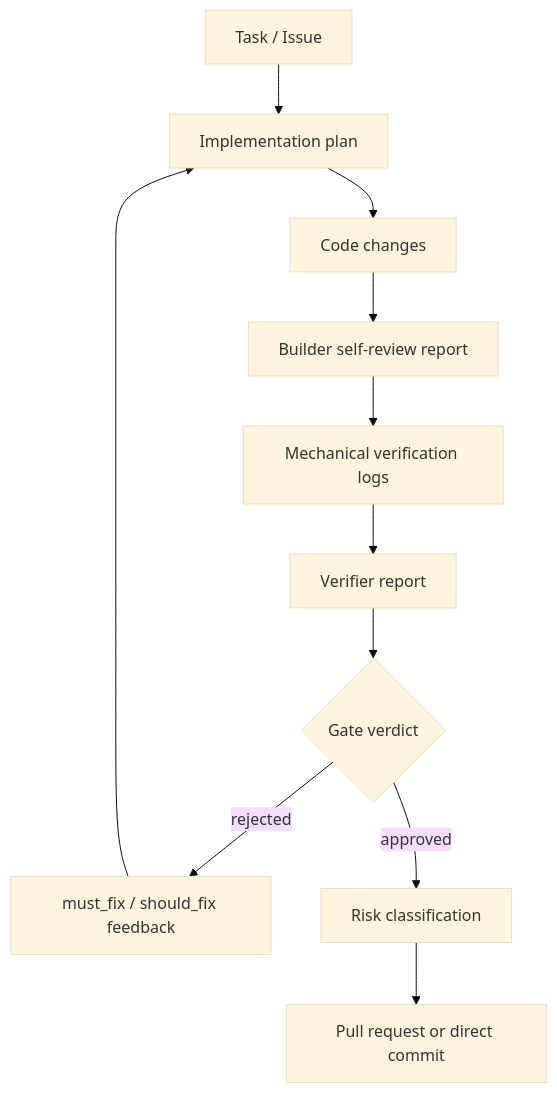
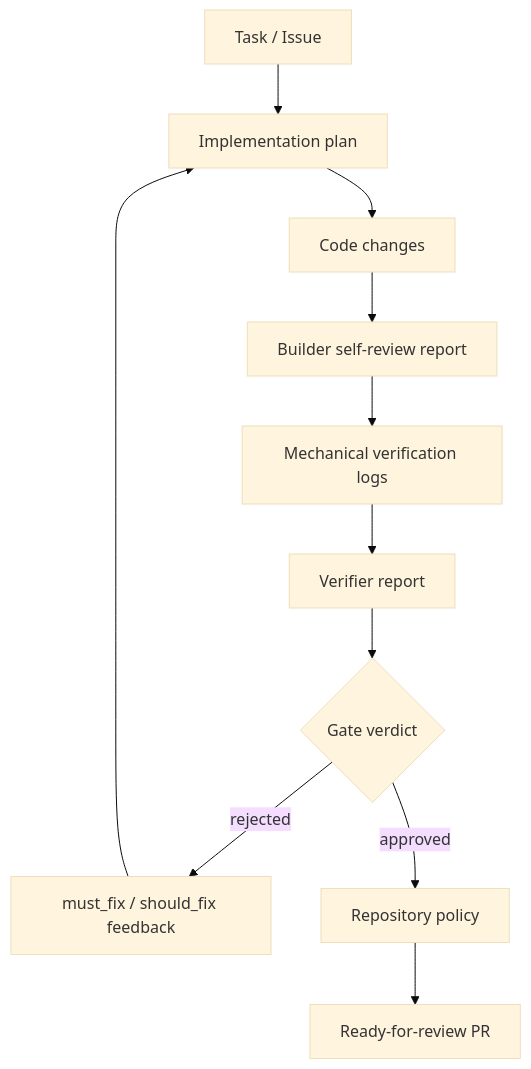
Before and after one commit to kaizen-agents-org/.github: the tenth of 10 diagrams in docs/architecture.md, drawn with Mermaid (base theme). The commit also changed other lines of this file and 3 other files, not shown here.

````diff
--- a/docs/architecture.md
+++ b/docs/architecture.md
@@ -295,15 +295,15 @@
 ```mermaid
 flowchart TB
     Task["Task / Issue"] --> Plan["Implementation plan"]
     Plan --> Changes["Code changes"]
     Changes --> SelfReview["Builder self-review report"]
     SelfReview --> Logs["Mechanical verification logs"]
     Logs --> Report["Verifier report"]
 
     Report --> Verdict{"Gate verdict"}
     Verdict -->|rejected| Feedback["must_fix / should_fix feedback"]
     Feedback --> Plan
 
-    Verdict -->|approved| Risk["Risk classification"]
-    Risk --> Output["Pull request or direct commit"]
+    Verdict -->|approved| Risk["Repository policy"]
+    Risk --> Output["Ready-for-review PR"]
 ```
````
